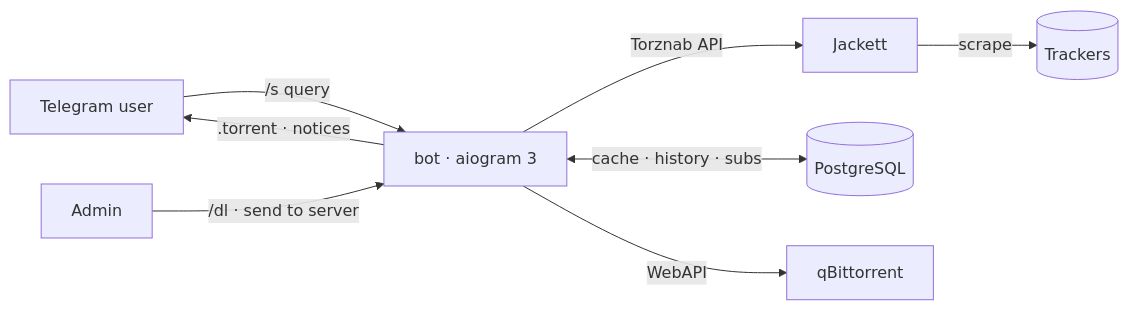
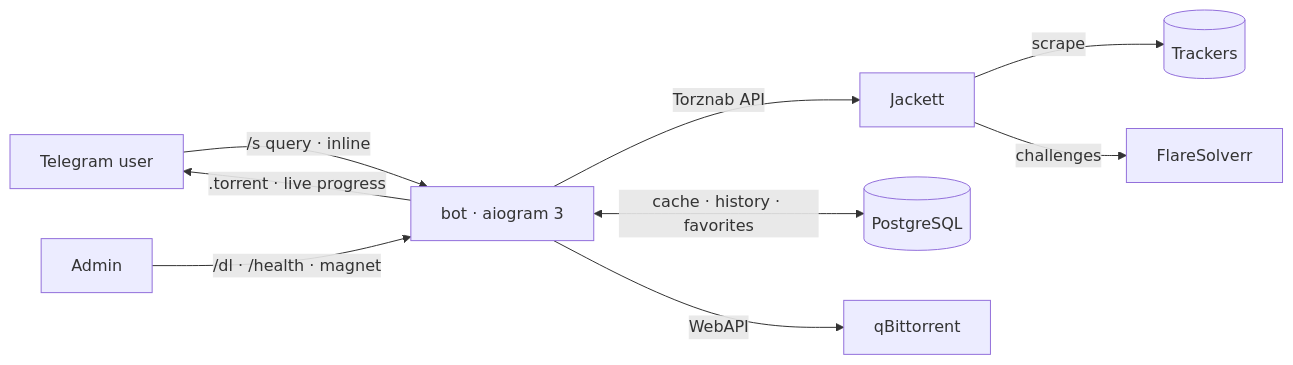
Before and after one commit to DarkAlioth/tj-bot: the diagram in README.md, drawn with Mermaid. The commit also changed other lines of this file, not shown here.

````diff
--- a/README.md
+++ b/README.md
@@ -41,10 +50,11 @@
 ```mermaid
 flowchart LR
-    U[Telegram user] -->|/s query| B[bot · aiogram 3]
-    A[Admin] -->|/dl · send to server| B
+    U[Telegram user] -->|/s query · inline| B[bot · aiogram 3]
+    A[Admin] -->|/dl · /health · magnet| B
     B -->|Torznab API| J[Jackett]
     J -->|scrape| T[(Trackers)]
-    B <-->|cache · history · subs| P[(PostgreSQL)]
+    J -->|challenges| F[FlareSolverr]
+    B <-->|cache · history · favorites| P[(PostgreSQL)]
     B -->|WebAPI| Q[qBittorrent]
-    B -->|.torrent · notices| U
+    B -->|.torrent · live progress| U
 ```
````
